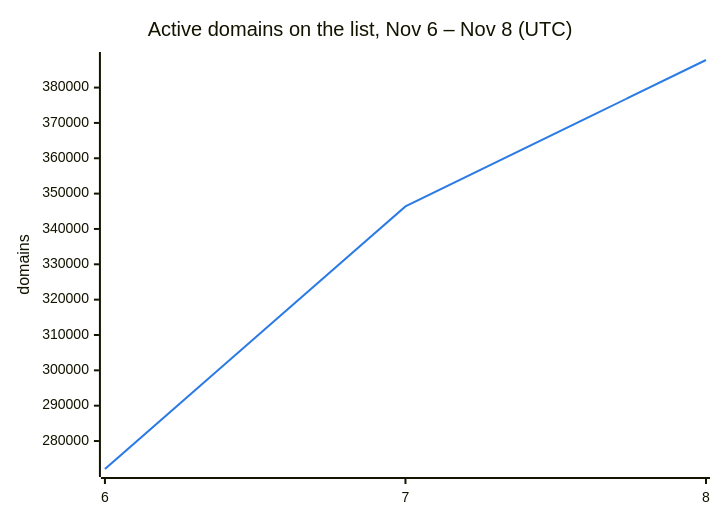
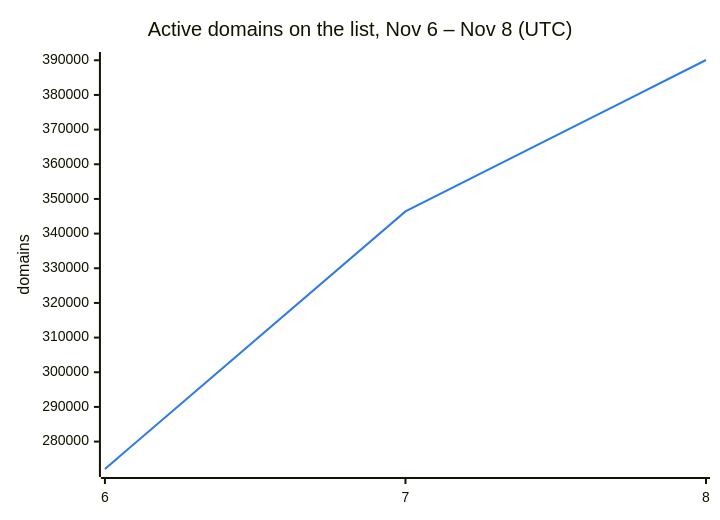
The second of 3 diagrams in README.md (DNSBunker/CTI), drawn with Mermaid before and after one commit. The commit also changed other lines of this file and 3 other files, not shown here.

````diff
--- a/README.md
+++ b/README.md
@@ -38,8 +38,8 @@
 ```mermaid
 %%{init: {"themeVariables": {"xyChart": {"plotColorPalette": "#2c7be5"}}}}%%
 xychart-beta
     title "Active domains on the list, Nov 6 – Nov 8 (UTC)"
     x-axis ["6", "7", "8"]
     y-axis "domains"
-    line [272088, 346388, 387801]
+    line [272088, 346388, 390081]
 ```
````
